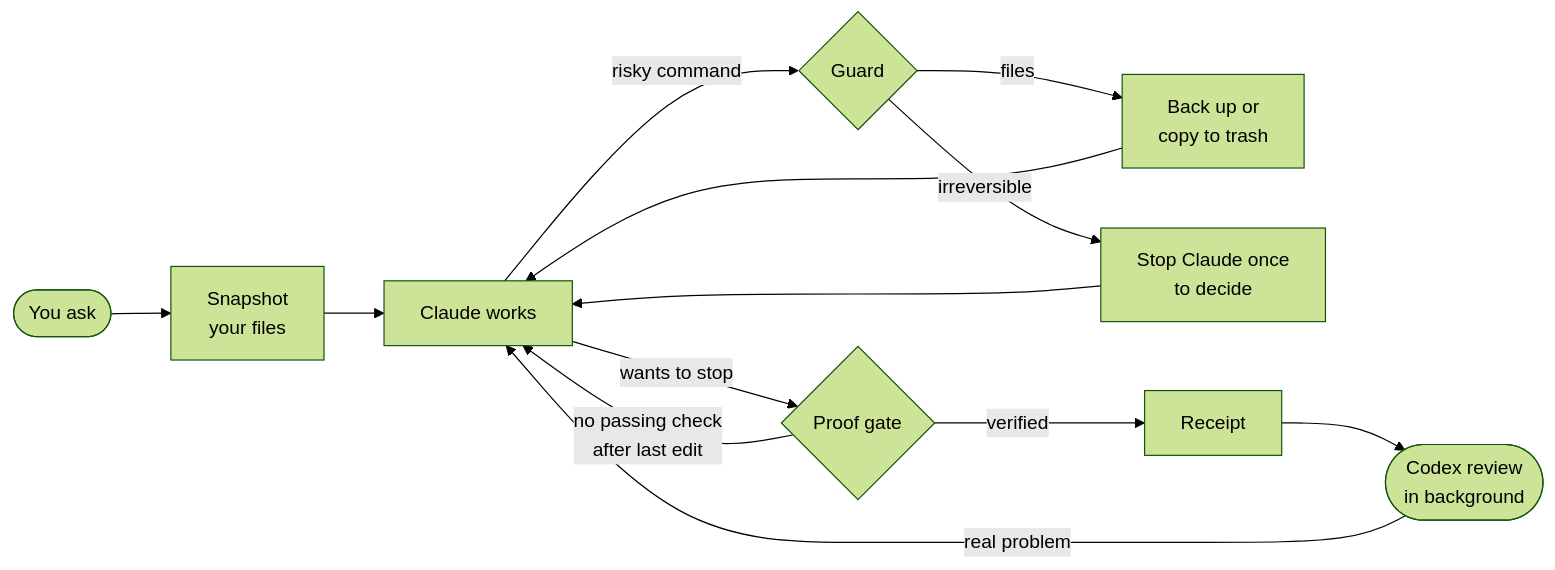
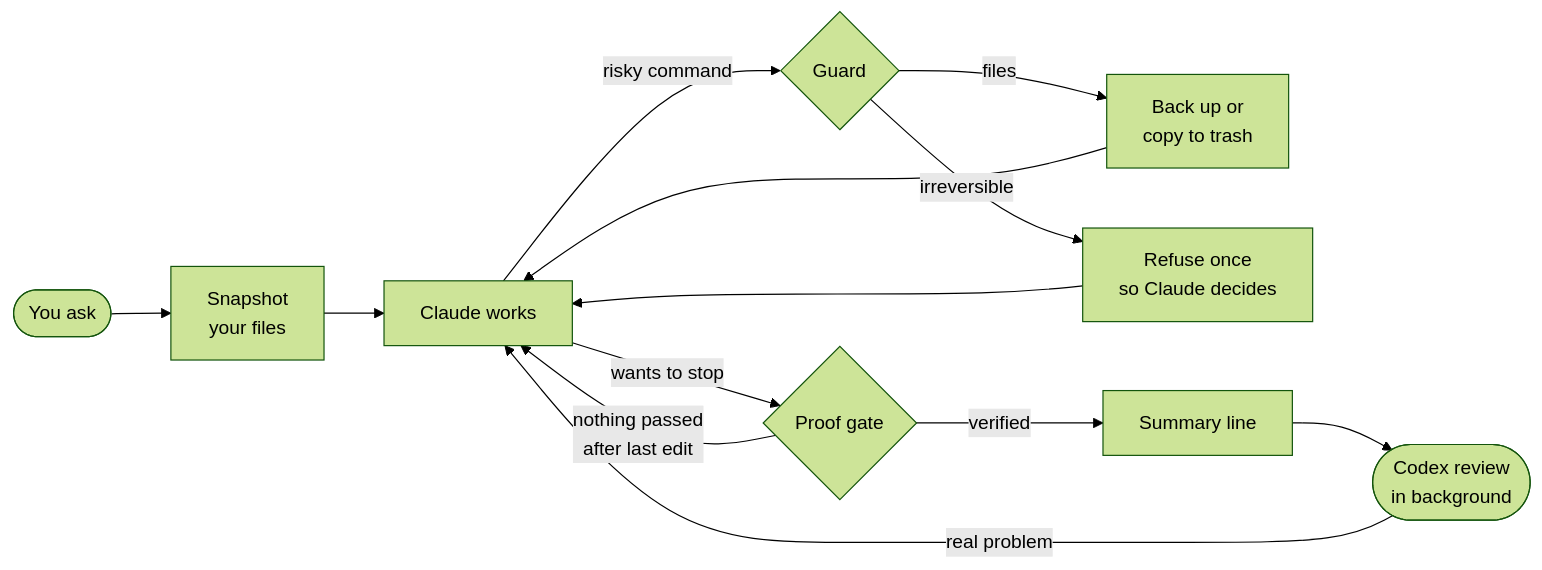
Before and after one commit to kks0488/vibe-claude: the diagram in README.md, drawn with Mermaid (forest theme). The commit also changed other lines of this file and 1 other file, not shown here.

````diff
--- a/README.md
+++ b/README.md
@@ -125,12 +145,12 @@
 ```mermaid
 flowchart LR
     A([You ask]) --> B[Snapshot<br/>your files]
     B --> C[Claude works]
     C -->|risky command| G{Guard}
     G -->|files| T[Back up or<br/>copy to trash] --> C
-    G -->|irreversible| S[Stop Claude once<br/>to decide] --> C
+    G -->|irreversible| S[Refuse once<br/>so Claude decides] --> C
     C -->|wants to stop| P{Proof gate}
-    P -->|no passing check<br/>after last edit| C
-    P -->|verified| R[Receipt] --> X([Codex review<br/>in background])
+    P -->|nothing passed<br/>after last edit| C
+    P -->|verified| R[Summary line] --> X([Codex review<br/>in background])
     X -->|real problem| C
 ```
````
